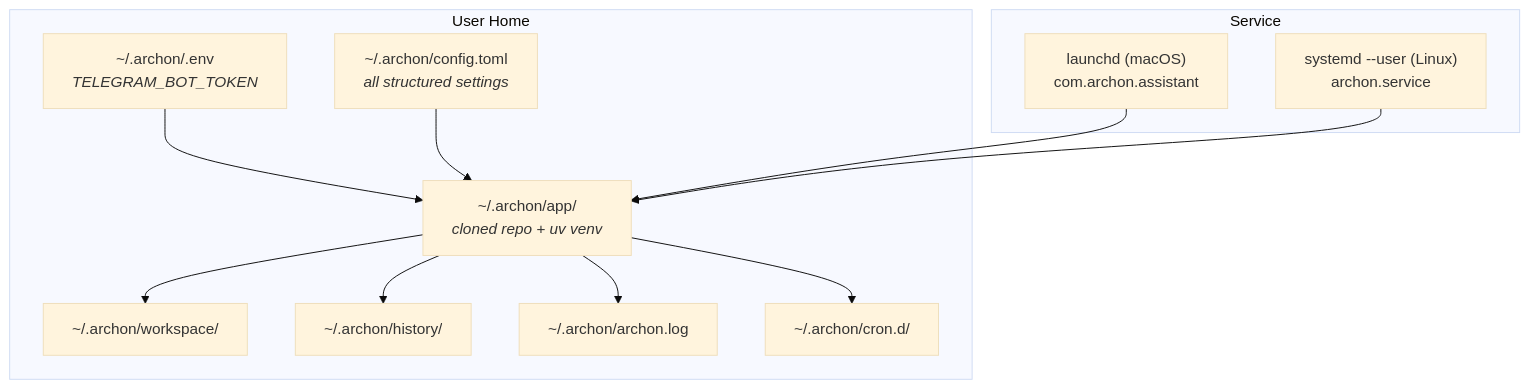
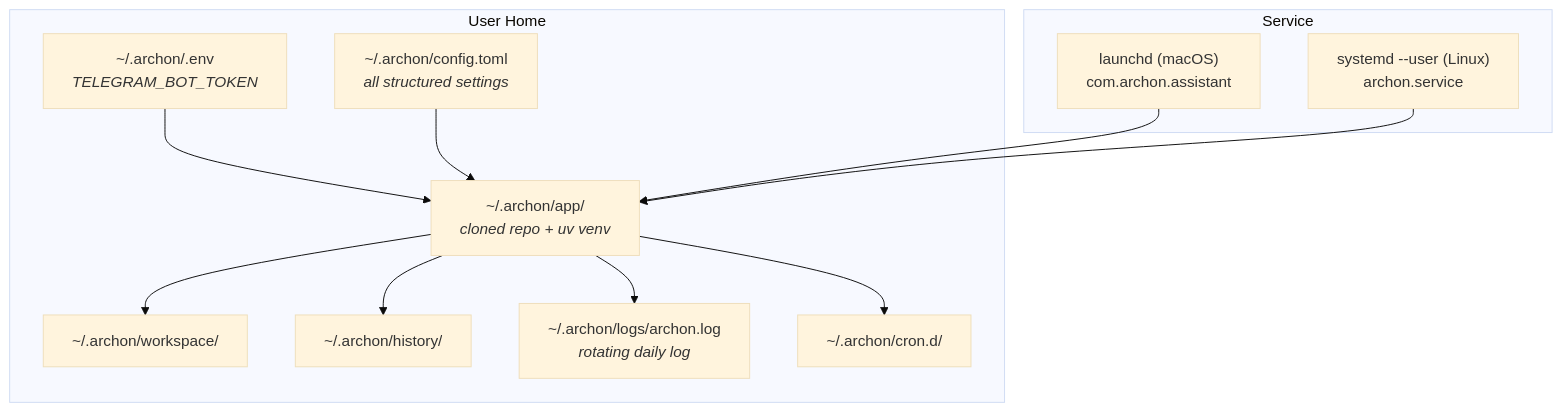
One commit to user538295/archon-assistant changed the first of 2 diagrams in Documentation/Architecture/510_release_and_environment_strategy.md. Above: the diagram before and after it, drawn with Mermaid (base theme). The commit also changed other lines of this file and 9 other files, not shown here.

First line of the commit message:
fix(logging): consolidate all logs to ~/.archon/logs/archon.log

````diff
--- a/Documentation/Architecture/510_release_and_environment_strategy.md
+++ b/Documentation/Architecture/510_release_and_environment_strategy.md
@@ -40,26 +42,26 @@
 ```mermaid
 graph TD
     subgraph User Home
         ENV["~/.archon/.env<br/><i>TELEGRAM_BOT_TOKEN</i>"]
         CFG["~/.archon/config.toml<br/><i>all structured settings</i>"]
         APP["~/.archon/app/<br/><i>cloned repo + uv venv</i>"]
         WS["~/.archon/workspace/"]
         HIST["~/.archon/history/"]
-        LOG["~/.archon/archon.log"]
+        LOG["~/.archon/logs/archon.log<br/><i>rotating daily log</i>"]
         CRON["~/.archon/cron.d/"]
     end
 
     subgraph Service
         LAUNCHD["launchd (macOS)<br/>com.archon.assistant"]
         SYSTEMD["systemd --user (Linux)<br/>archon.service"]
     end
 
     ENV --> APP
     CFG --> APP
     APP --> WS
     APP --> HIST
     APP --> LOG
     APP --> CRON
     LAUNCHD --> APP
     SYSTEMD --> APP
 ```
````
